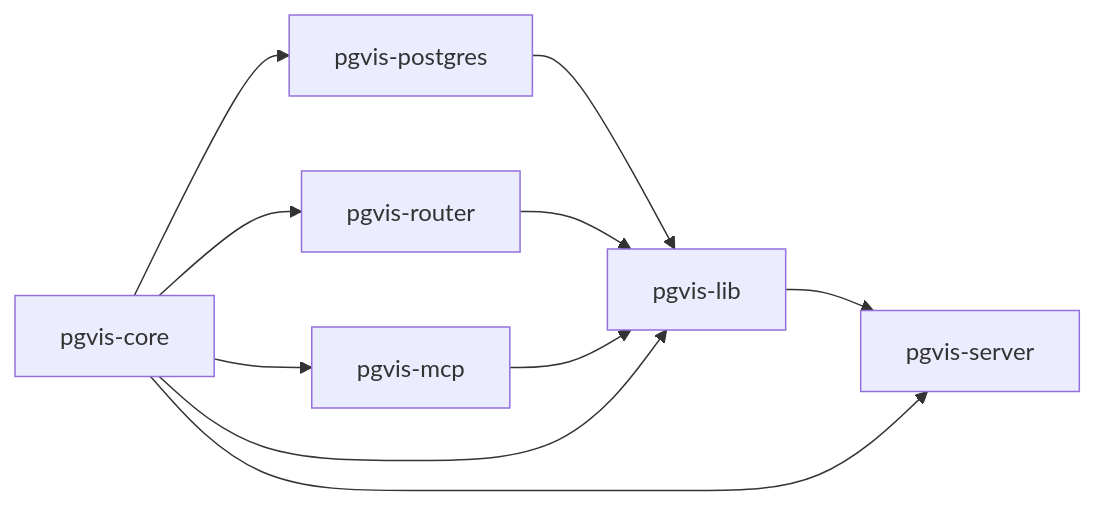
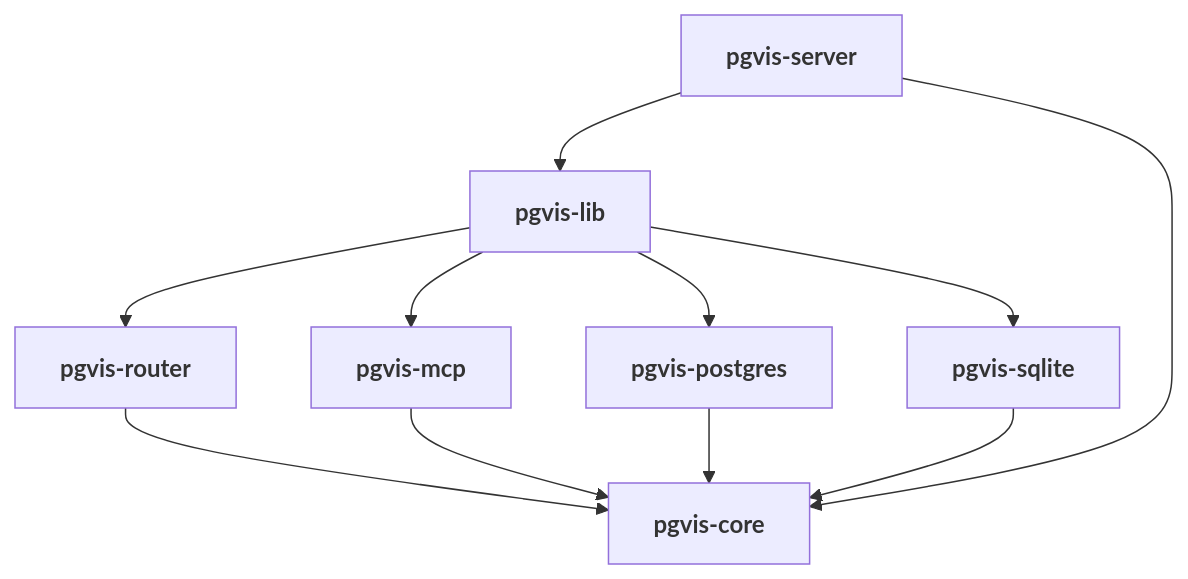
One commit to pgvis/pgvis changed the second of 2 diagrams in arch/README.md. Above: the diagram before and after it, drawn with Mermaid. The commit also changed other lines of this file and 29 other files, not shown here.

````diff
--- a/arch/README.md
+++ b/arch/README.md
@@ -60,12 +70,13 @@
 ```mermaid
-flowchart LR
-    core[pgvis-core] --> pg[pgvis-postgres]
-    core --> router[pgvis-router]
-    core --> mcp[pgvis-mcp]
-    pg --> lib[pgvis-lib]
-    router --> lib
-    mcp --> lib
-    core --> lib
-    lib --> server[pgvis-server]
-    core --> server
+flowchart TB
+    server["<b>pgvis-server</b>"] --> lib["<b>pgvis-lib</b>"]
+    lib --> router["<b>pgvis-router</b>"]
+    lib --> mcp["<b>pgvis-mcp</b>"]
+    lib --> pg["<b>pgvis-postgres</b>"]
+    lib --> lite["<b>pgvis-sqlite</b>"]
+    router --> core["<b>pgvis-core</b>"]
+    mcp --> core
+    pg --> core
+    lite --> core
+    server --> core
 ```
````
